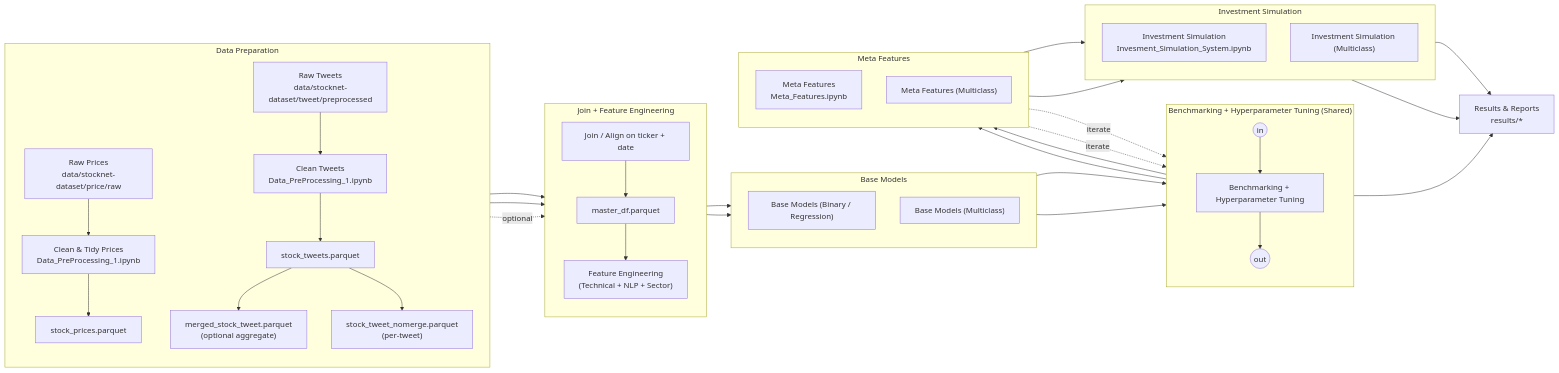
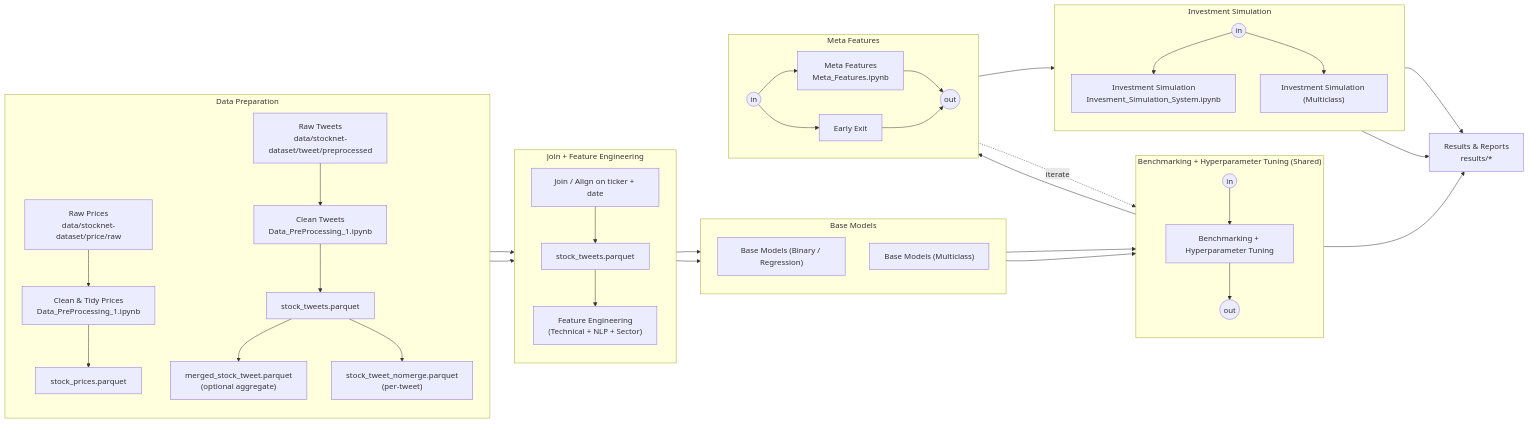
Before and after one commit to dhdylanhuang/Stock-Trend-Prediction-and-Investment-Strategy-Optimisation-Using-Text-and-Time-Series-Data: the diagram in documentation/architecture.md, drawn with Mermaid.

Commit message:
DOCUMENTATION: Architecture Diagram

```diff
--- a/documentation/architecture.md
+++ b/documentation/architecture.md
@@ -27,8 +27,7 @@
     direction TB
     P --> J1["Join / Align on ticker + date"]
     Tn --> J1
-    Tm -. optional .-> J1
-    J1 --> M["master_df.parquet"]
+    J1 --> M["stock_tweets.parquet"]
     M --> F1["Feature Engineering<br/>(Technical + NLP + Sector)"]
   end
 
@@ -56,9 +55,15 @@
   %% Meta features
   %% ----------------------
   subgraph MF["Meta Features"]
-    direction TB
+    direction LR
+    MF_IN((in))
     M1["Meta Features<br/>Meta_Features.ipynb"]
-    M2["Meta Features (Multiclass)"]
+    ME["Early Exit"]
+    MF_OUT((out))
+    MF_IN --> M1
+    MF_IN --> ME
+    M1 --> MF_OUT
+    ME --> MF_OUT
   end
 
   %% ----------------------
@@ -66,16 +71,18 @@
   %% ----------------------
   subgraph SIM[Investment Simulation]
     direction TB
-    M1 --> S1["Investment Simulation<br/>Invesment_Simulation_System.ipynb"]
-    M2 --> S2["Investment Simulation (Multiclass)"]
+    SIM_IN((in))
+    S1["Investment Simulation<br/>Invesment_Simulation_System.ipynb"]
+    S2["Investment Simulation (Multiclass)"]
   end
 
   B1 --> BH_IN
   B2 --> BH_IN
-  BH_OUT --> M1
-  BH_OUT --> M2
+  BH_OUT --> MF_IN
+  MF_OUT --> SIM_IN
+  SIM_IN --> S1
+  SIM_IN --> S2
   M1 -. iterate .-> BH_IN
-  M2 -. iterate .-> BH_IN
 
   H --> O
   S1 --> O["Results & Reports<br/>results/*"]
```
